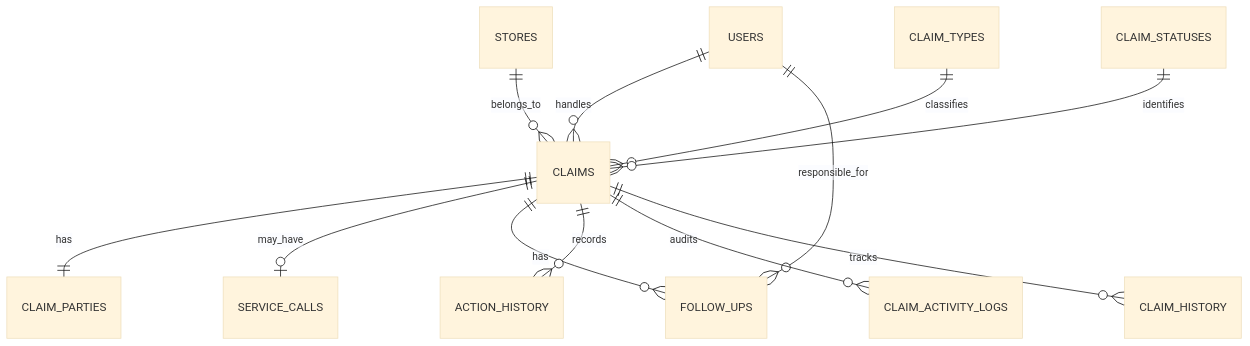
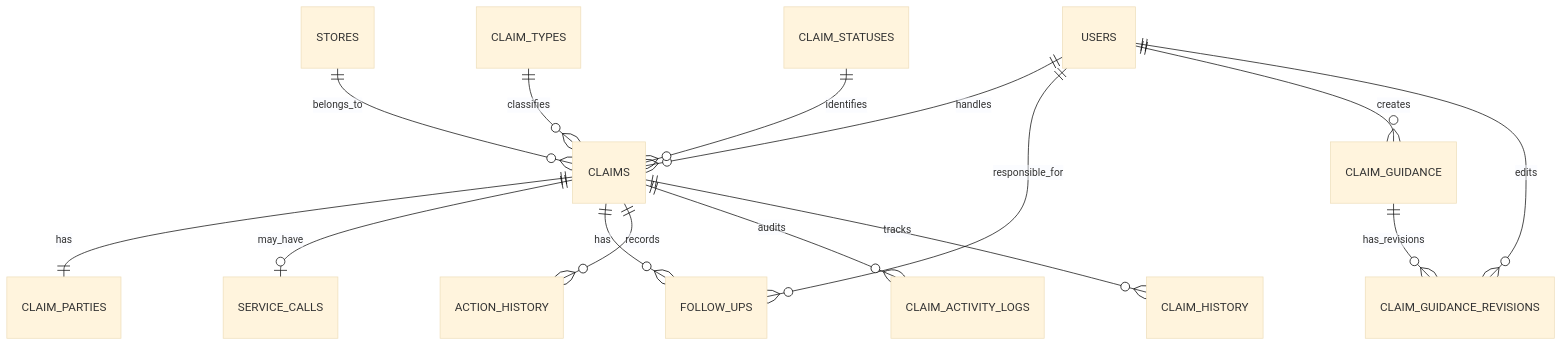
Before and after one commit to Echo-EpxCode/QuickContractors-Claims-Tracker-System---v1.1: the diagram in Claims_Tracker_System_Background_Schema_Database_Schema_Design_Document_V1.1.md, drawn with Mermaid (base theme). The commit also changed other lines of this file, not shown here.

Commit message:
docs(database): update schema documentation and relationships

````diff
--- a/Claims_Tracker_System_Background_Schema_Database_Schema_Design_Document_V1.1.md
+++ b/Claims_Tracker_System_Background_Schema_Database_Schema_Design_Document_V1.1.md
@@ -110,14 +116,17 @@
 ```mermaid
 erDiagram
     USERS ||--o{ CLAIMS : handles
     STORES ||--o{ CLAIMS : belongs_to
     CLAIM_TYPES ||--o{ CLAIMS : classifies
     CLAIM_STATUSES ||--o{ CLAIMS : identifies
     CLAIMS ||--|| CLAIM_PARTIES : has
     CLAIMS ||--o| SERVICE_CALLS : may_have
     CLAIMS ||--o{ FOLLOW_UPS : has
     USERS ||--o{ FOLLOW_UPS : responsible_for
     CLAIMS ||--o{ ACTION_HISTORY : records
     CLAIMS ||--o{ CLAIM_ACTIVITY_LOGS : audits
     CLAIMS ||--o{ CLAIM_HISTORY : tracks
+    CLAIM_GUIDANCE ||--o{ CLAIM_GUIDANCE_REVISIONS : has_revisions
+    USERS ||--o{ CLAIM_GUIDANCE : creates
+    USERS ||--o{ CLAIM_GUIDANCE_REVISIONS : edits
 ```
````
